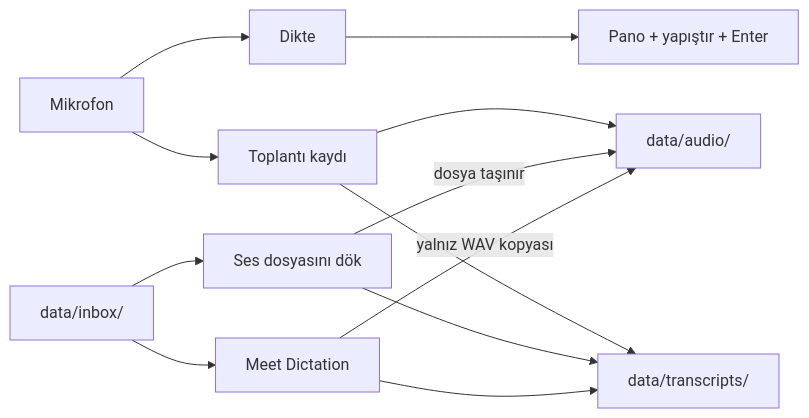
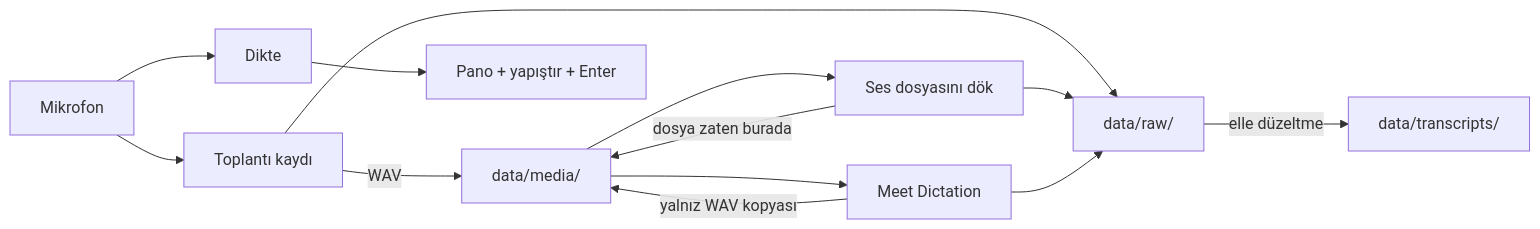
Before and after one commit to yigitkumral/VoiceDictation: the diagram in docs/nasil-calisir.md, drawn with Mermaid. The commit also changed other lines of this file and 5 other files, not shown here.

First line of the commit message:
refactor: data/media + data/raw - tek medya klasoru, ham cikti ayri

````diff
--- a/docs/nasil-calisir.md
+++ b/docs/nasil-calisir.md
@@ -9,14 +9,15 @@
 ```mermaid
 flowchart LR
     Mic[Mikrofon] --> D[Dikte]
     Mic --> T[Toplantı kaydı]
-    Inbox[data/inbox/] --> F[Ses dosyasını dök]
-    Inbox --> M[Meet Dictation]
+    Media[data/media/] --> F[Ses dosyasını dök]
+    Media --> M[Meet Dictation]
     D --> P[Pano + yapıştır + Enter]
-    T --> A[data/audio/]
-    T --> TR[data/transcripts/]
-    F -->|dosya taşınır| A
-    F --> TR
-    M -->|yalnız WAV kopyası| A
-    M --> TR
+    T -->|WAV| Media
+    T --> R[data/raw/]
+    F -->|dosya zaten burada| Media
+    F --> R
+    M -->|yalnız WAV kopyası| Media
+    M --> R
+    R -->|elle düzeltme| TR[data/transcripts/]
 ```
````
